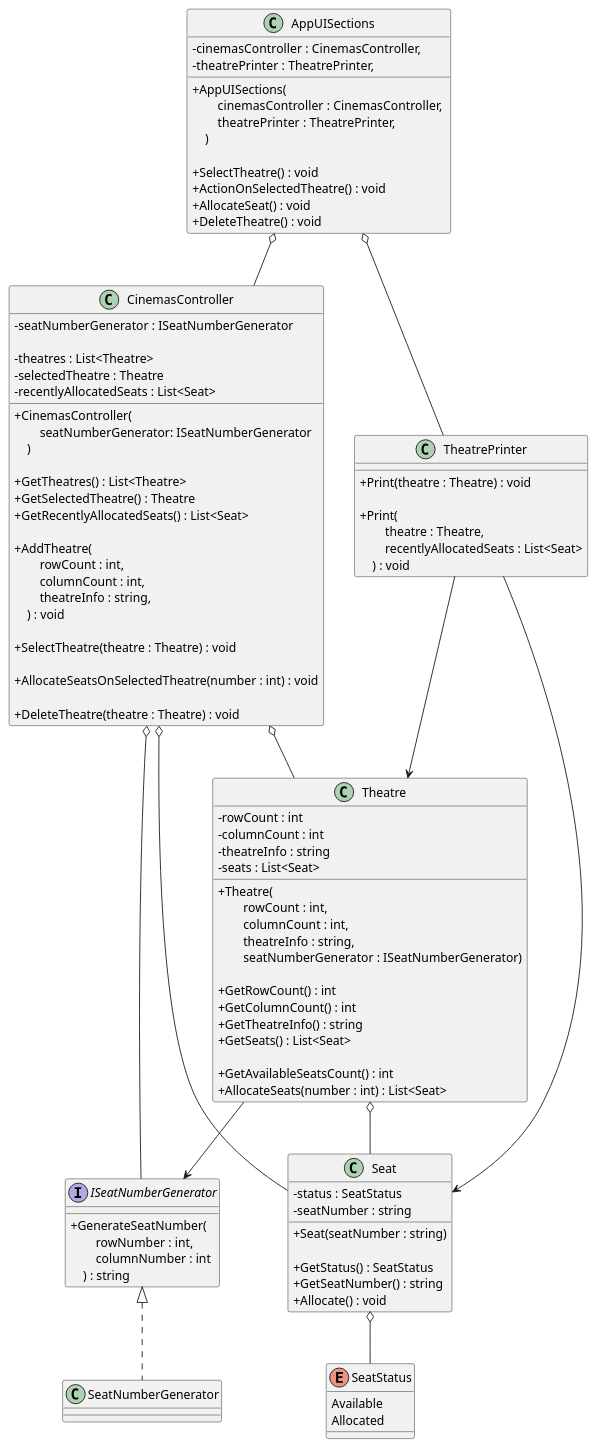
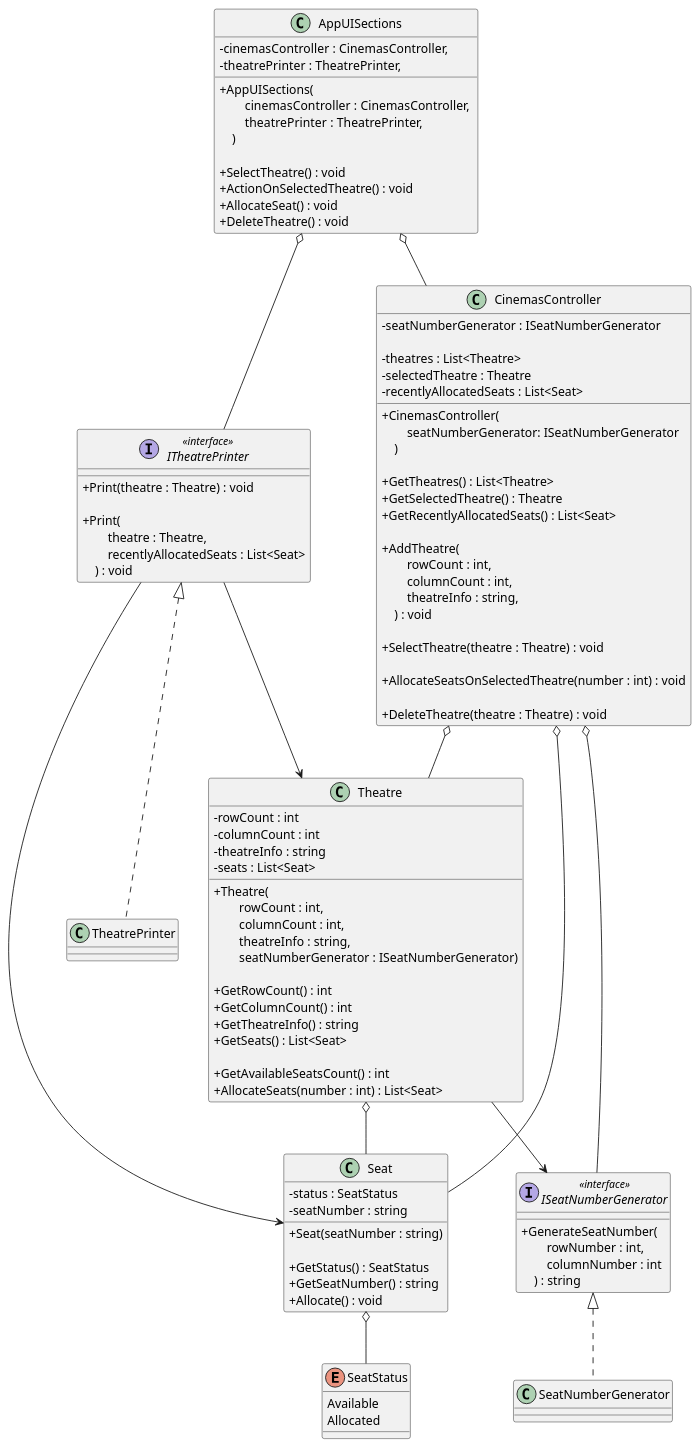
The diagram in diagrams/cinnamonCinemas.puml (iamfranco/CinnamonCinemasChallenge), drawn with PlantUML before and after one commit. The commit also changed 1 other file, not shown here.

Commit message:
UML: add interface for TheatrePrinter

```diff
--- a/diagrams/cinnamonCinemas.puml
+++ b/diagrams/cinnamonCinemas.puml
@@ -1,120 +1,125 @@
 @startuml "cinnamon cinemas"
 skinparam ClassAttributeIconSize 0
 
 class AppUISections {
     - cinemasController : CinemasController,
     - theatrePrinter : TheatrePrinter,
 
     + AppUISections( \n\
         cinemasController : CinemasController, \n\
         theatrePrinter : TheatrePrinter, \n\
     )
 
     + SelectTheatre() : void
     + ActionOnSelectedTheatre() : void
     + AllocateSeat() : void
     + DeleteTheatre() : void
 }
 
-class TheatrePrinter {
+interface ITheatrePrinter <<interface>> {
     + Print(theatre : Theatre) : void
     
     + Print(\n\
         theatre : Theatre, \n\
         recentlyAllocatedSeats : List<Seat>\n\
     ) : void
 }
 
-interface ISeatNumberGenerator {
+class TheatrePrinter {
+}
+
+interface ISeatNumberGenerator <<interface>> {
     + GenerateSeatNumber(\n\
         rowNumber : int, \n\
         columnNumber : int \n\
     ) : string
 }
 
 class SeatNumberGenerator {
 }
 
 class CinemasController {
     - seatNumberGenerator : ISeatNumberGenerator
 
     - theatres : List<Theatre>
     - selectedTheatre : Theatre
     - recentlyAllocatedSeats : List<Seat>
 
     + CinemasController(\n\
         seatNumberGenerator: ISeatNumberGenerator\n\
     )
 
     + GetTheatres() : List<Theatre>
     + GetSelectedTheatre() : Theatre
     + GetRecentlyAllocatedSeats() : List<Seat>
 
     + AddTheatre(\n\
         rowCount : int, \n\
         columnCount : int, \n\
         theatreInfo : string, \n\
     ) : void
 
     + SelectTheatre(theatre : Theatre) : void
 
     + AllocateSeatsOnSelectedTheatre(number : int) : void
 
     + DeleteTheatre(theatre : Theatre) : void
 }
 
 class Theatre {
     - rowCount : int
     - columnCount : int
     - theatreInfo : string
     - seats : List<Seat>
 
     + Theatre(\n\
         rowCount : int, \n\
         columnCount : int, \n\
         theatreInfo : string, \n\
         seatNumberGenerator : ISeatNumberGenerator)
 
     + GetRowCount() : int
     + GetColumnCount() : int
     + GetTheatreInfo() : string
     + GetSeats() : List<Seat>
 
     + GetAvailableSeatsCount() : int
     + AllocateSeats(number : int) : List<Seat>
 }
 
 class Seat {
     - status : SeatStatus
     - seatNumber : string
 
     + Seat(seatNumber : string)
 
     + GetStatus() : SeatStatus
     + GetSeatNumber() : string
     + Allocate() : void
 }
 
 Enum SeatStatus {
     Available
     Allocated
 }
 
 AppUISections o-- CinemasController
-AppUISections o-- TheatrePrinter
+AppUISections o-- ITheatrePrinter
 
 CinemasController o-- Theatre
 CinemasController o--- Seat
 CinemasController o-- ISeatNumberGenerator
 
-TheatrePrinter --> Theatre
-TheatrePrinter ---> Seat
+ITheatrePrinter --> Theatre
+ITheatrePrinter ---> Seat
 
 Theatre o-- Seat
 Theatre --> ISeatNumberGenerator
 
 ISeatNumberGenerator <|.. SeatNumberGenerator
 
 Seat o-- SeatStatus
 
+ITheatrePrinter <|.. TheatrePrinter
+
 @enduml
```
